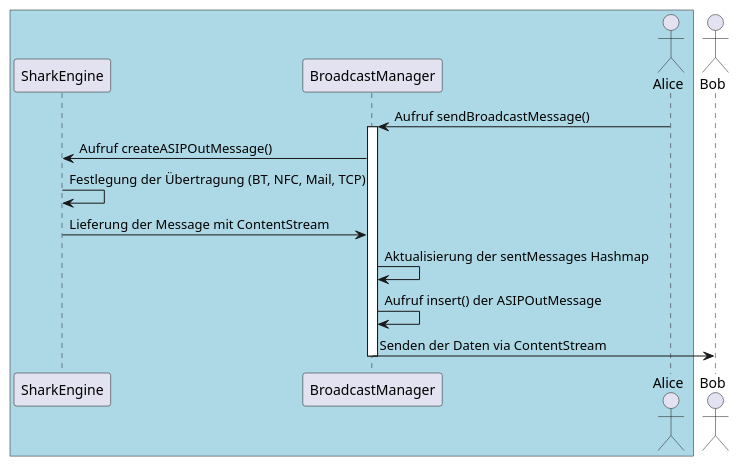
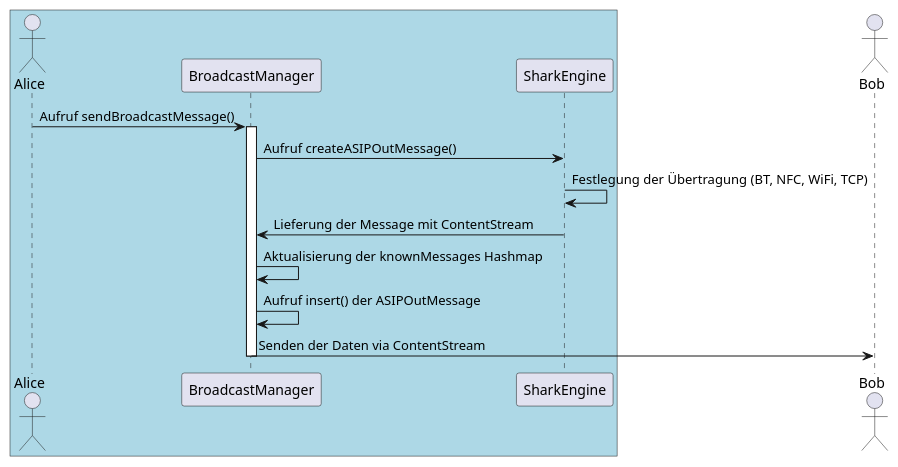
Before and after one commit to SharedKnowledge/Documentation: the diagram in plantuml/sendOperation.puml, drawn with PlantUML. The commit also changed 6 other files, not shown here.

Commit message:
Sequenzdiagramme hinzugefügt

```diff
--- a/plantuml/sendOperation.puml
+++ b/plantuml/sendOperation.puml
@@ -1,18 +1,20 @@
 @startuml
 box #lightblue
+       actor "Alice"
+       participant BroadcastManager
     participant SharkEngine
-	participant BroadcastManager
-	actor "Alice"
+
+
 end box
 actor "Bob"
 
 "BroadcastManager" <- "Alice": Aufruf sendBroadcastMessage()
 activate BroadcastManager
 "BroadcastManager" -> "SharkEngine": Aufruf createASIPOutMessage()
-"SharkEngine" -> "SharkEngine": Festlegung der Übertragung (BT, NFC, Mail, TCP)
+"SharkEngine" -> "SharkEngine": Festlegung der Übertragung (BT, NFC, WiFi, TCP)
 "SharkEngine" -> "BroadcastManager": Lieferung der Message mit ContentStream
-"BroadcastManager" -> "BroadcastManager": Aktualisierung der sentMessages Hashmap
+"BroadcastManager" -> "BroadcastManager": Aktualisierung der knownMessages Hashmap
 "BroadcastManager" -> "BroadcastManager": Aufruf insert() der ASIPOutMessage
 "BroadcastManager" -> "Bob": Senden der Daten via ContentStream
 deactivate BroadcastManager
 @enduml
```
